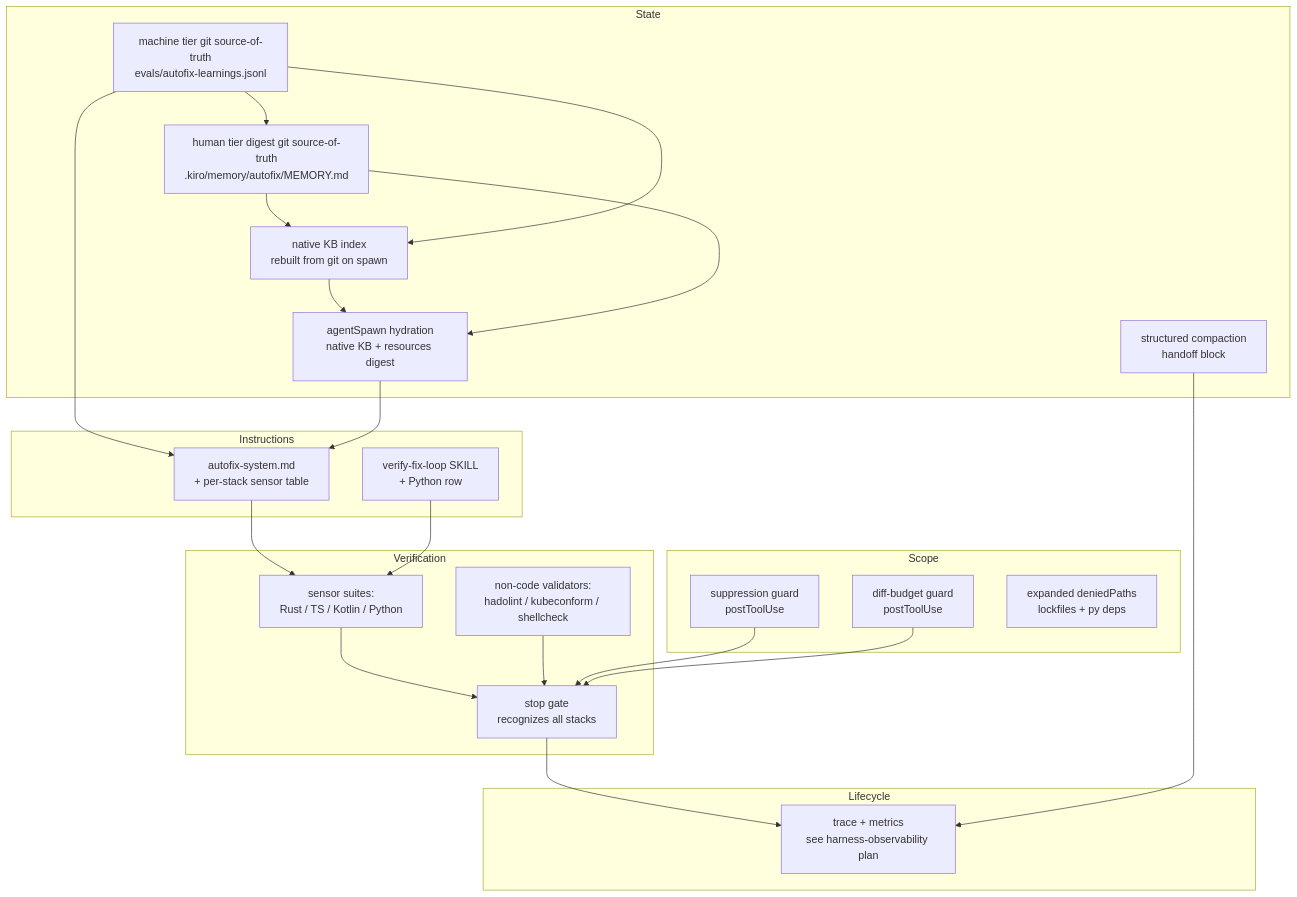
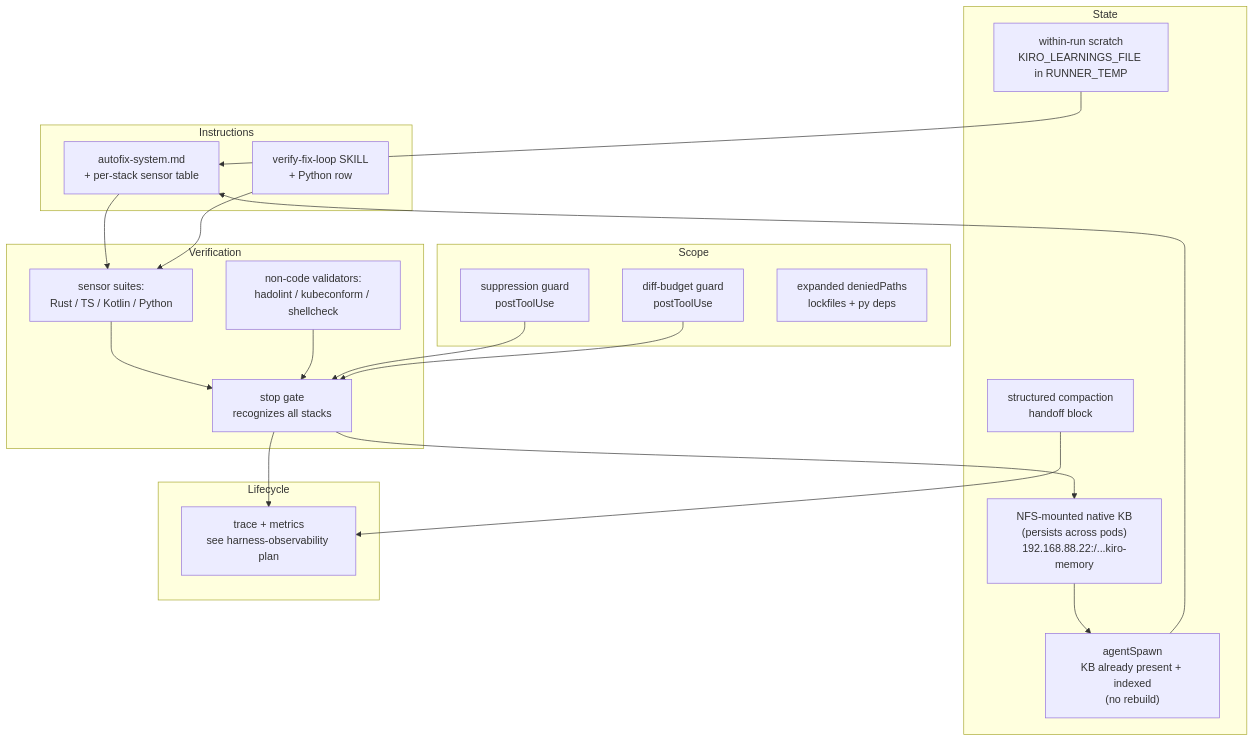
One commit to perezjoseph/Gestion-inmobiliaria changed the first of 2 diagrams in .kiro/specs/autofix-harness-expansion/design.md. Above: the diagram before and after it, drawn with Mermaid. The commit also changed other lines of this file and 1 other file, not shown here.

First line of the commit message:
docs(specs): clarify autofix harness State subsystem and NFS-backed memory architecture

````diff
--- a/.kiro/specs/autofix-harness-expansion/design.md
+++ b/.kiro/specs/autofix-harness-expansion/design.md
@@ -72,43 +72,39 @@
 ```mermaid
 graph TD
     subgraph Instructions
         SP[autofix-system.md<br/>+ per-stack sensor table]
         VFL[verify-fix-loop SKILL<br/>+ Python row]
     end
     subgraph State
-        LRN[machine tier git source-of-truth<br/>evals/autofix-learnings.jsonl]
-        MEM[human tier digest git source-of-truth<br/>.kiro/memory/autofix/MEMORY.md]
-        KB[native KB index<br/>rebuilt from git on spawn]
-        SPAWN[agentSpawn hydration<br/>native KB + resources digest]
+        NFS["NFS-mounted native KB<br/>(persists across pods)<br/>192.168.88.22:/...kiro-memory"]
+        SCRATCH["within-run scratch<br/>KIRO_LEARNINGS_FILE in RUNNER_TEMP"]
+        SPAWN["agentSpawn<br/>KB already present + indexed<br/>(no rebuild)"]
         HANDOFF[structured compaction<br/>handoff block]
     end
     subgraph Verification
         SEN[sensor suites:<br/>Rust / TS / Kotlin / Python]
         NONCODE[non-code validators:<br/>hadolint / kubeconform / shellcheck]
         STOP[stop gate<br/>recognizes all stacks]
     end
     subgraph Scope
         SUP[suppression guard<br/>postToolUse]
         BUDGET[diff-budget guard<br/>postToolUse]
         DENY[expanded deniedPaths<br/>lockfiles + py deps]
     end
     subgraph Lifecycle
         OBS[trace + metrics<br/>see harness-observability plan]
     end
 
     SP --> SEN
     VFL --> SEN
     SEN --> STOP
     NONCODE --> STOP
     SUP --> STOP
     BUDGET --> STOP
-    LRN --> SP
-    LRN --> MEM
-    MEM --> KB
-    LRN --> KB
-    KB --> SPAWN
-    MEM --> SPAWN
+    NFS --> SPAWN
     SPAWN --> SP
+    SCRATCH --> SP
+    STOP --> NFS
     STOP --> OBS
     HANDOFF --> OBS
 ```
````
